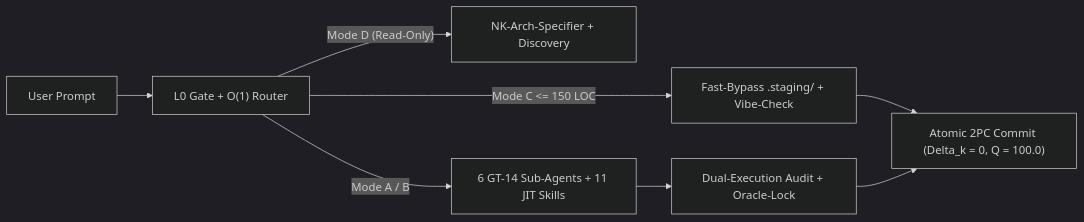
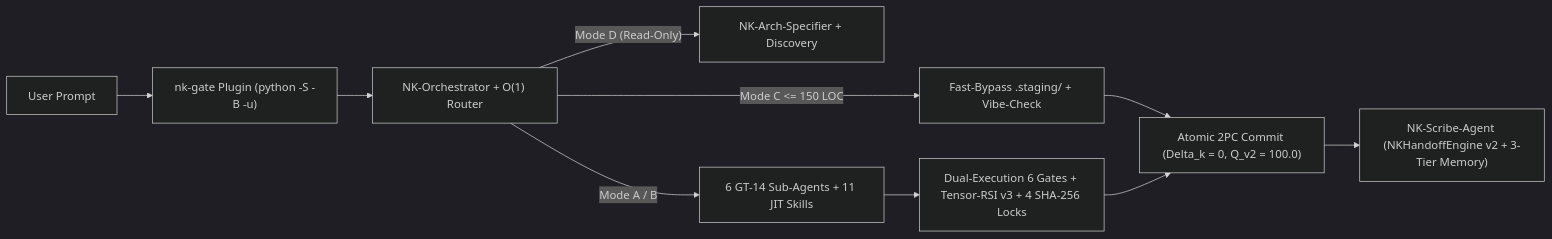
One commit to erbaldo86/NK-Hub changed the diagram in nk_docs_and_setup/README.md. Above: the diagram before and after it, drawn with Mermaid (dark theme). The commit also changed other lines of this file and 401 other files, not shown here.

Commit message:
feat(release): NK Hub Generation v3.0.2-Generation (Tensor-RSI v3, Handoff V2, NVMe Pyramid, Forensic Hardening & GitHub Showcase)

````diff
--- a/nk_docs_and_setup/README.md
+++ b/nk_docs_and_setup/README.md
@@ -87,10 +89,12 @@
 ```mermaid
 flowchart LR
-    U["User Prompt"] --> R["L0 Gate + O(1) Router"]
+    U["User Prompt"] --> HG["nk-gate Plugin (python -S -B -u)"]
+    HG --> R["NK-Orchestrator + O(1) Router"]
     R -->|"Mode D (Read-Only)"| RO["NK-Arch-Specifier + Discovery"]
     R -->|"Mode C <= 150 LOC"| FB["Fast-Bypass .staging/ + Vibe-Check"]
     R -->|"Mode A / B"| S["6 GT-14 Sub-Agents + 11 JIT Skills"]
-    S --> A["Dual-Execution Audit + Oracle-Lock"]
-    FB --> C["Atomic 2PC Commit (Delta_k = 0, Q = 100.0)"]
+    S --> A["Dual-Execution 6 Gates + Tensor-RSI v3 + 4 SHA-256 Locks"]
+    FB --> C["Atomic 2PC Commit (Delta_k = 0, Q_v2 = 100.0)"]
     A --> C
+    C --> SCR["NK-Scribe-Agent (NKHandoffEngine v2 + 3-Tier Memory)"]
 ```
````
